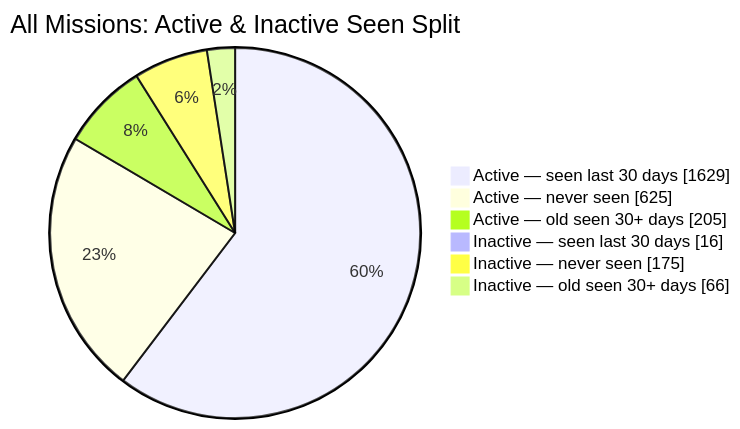
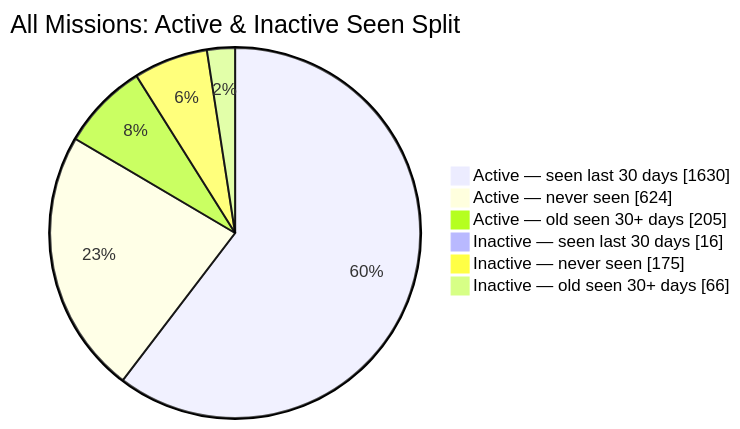
Before and after one commit to MeldkamerspelGameTeam/active-missions: the second of 2 diagrams in README.md, drawn with Mermaid. The commit also changed other lines of this file and 2 other files, not shown here.

````diff
--- a/README.md
+++ b/README.md
@@ -44,10 +44,10 @@
 ```mermaid
 pie showData
     title All Missions: Active & Inactive Seen Split
-    "Active — seen last 30 days" : 1629
-    "Active — never seen" : 625
+    "Active — seen last 30 days" : 1630
+    "Active — never seen" : 624
     "Active — old seen 30+ days" : 205
     "Inactive — seen last 30 days" : 16
     "Inactive — never seen" : 175
     "Inactive — old seen 30+ days" : 66
 ```
````
